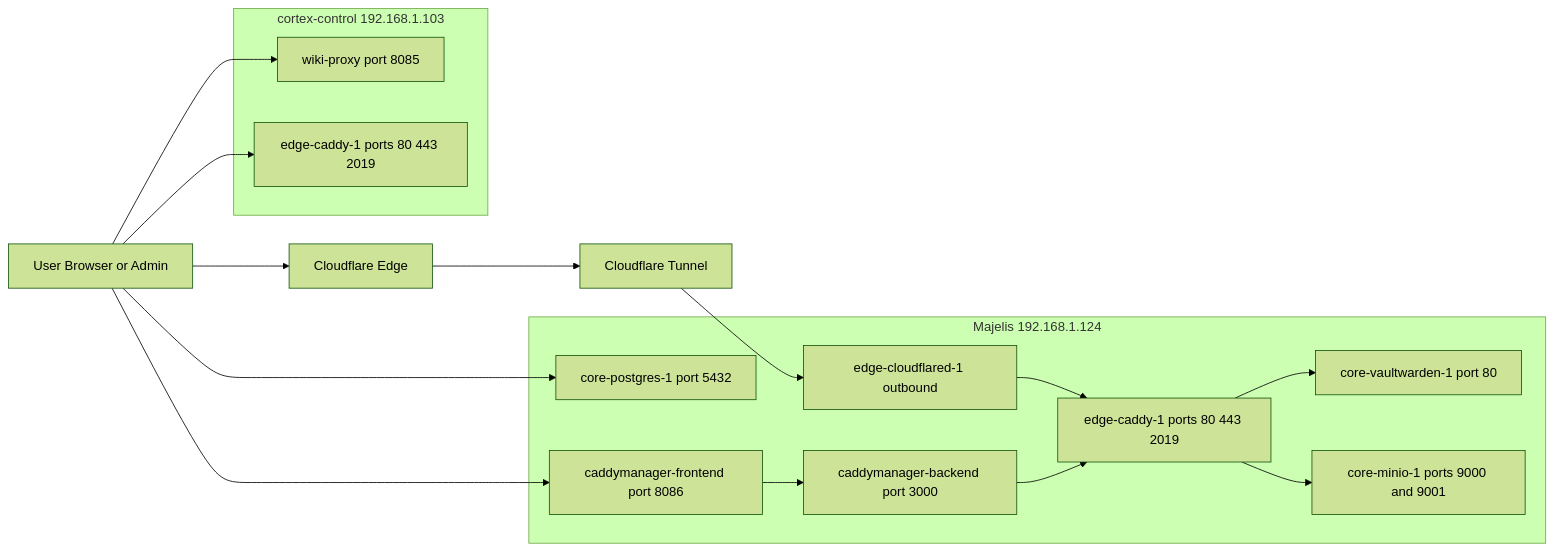
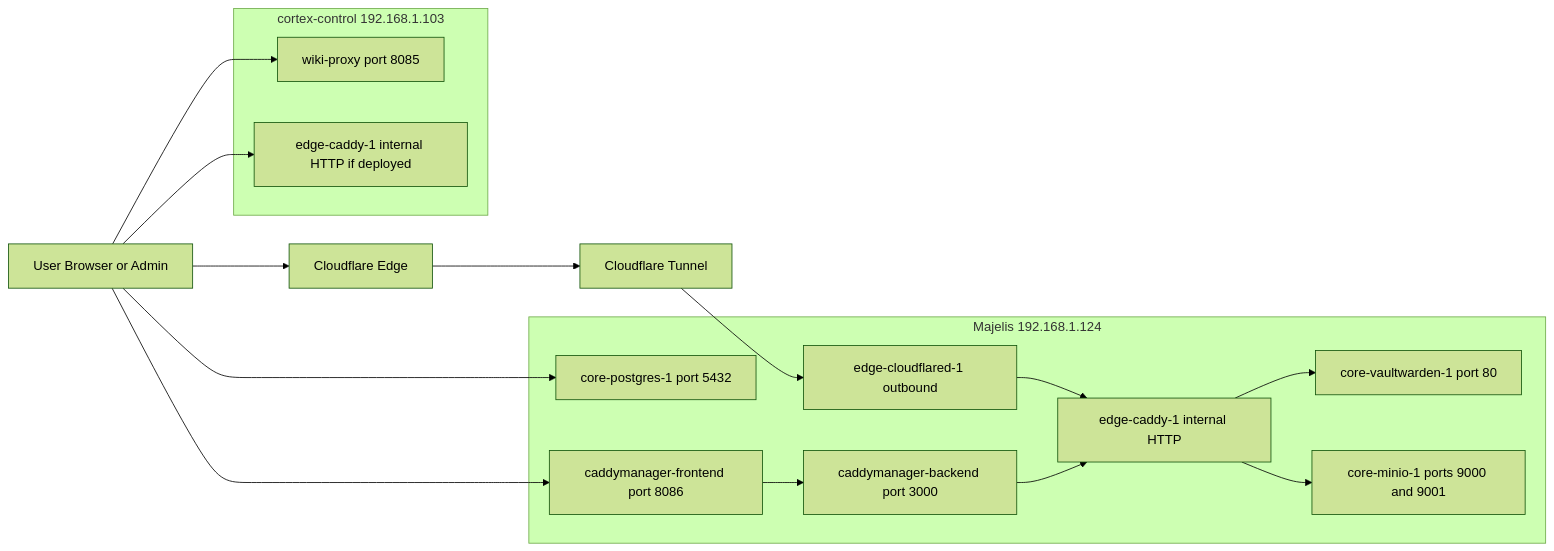
The first of 2 diagrams in docs/architecture-diagrams.md (msm028/Cortex), drawn with Mermaid (forest theme) before and after one commit. The commit also changed other lines of this file and 3 other files, not shown here.

````diff
--- a/docs/architecture-diagrams.md
+++ b/docs/architecture-diagrams.md
@@ -5,35 +5,35 @@
 ```mermaid
 flowchart LR
   user["User Browser or Admin"]
   cfedge["Cloudflare Edge"]
   cftun["Cloudflare Tunnel"]
 
   subgraph majelis["Majelis 192.168.1.124"]
-    caddy["edge-caddy-1 ports 80 443 2019"]
+    caddy["edge-caddy-1 internal HTTP"]
     cfagent["edge-cloudflared-1 outbound"]
     vw["core-vaultwarden-1 port 80"]
     minio["core-minio-1 ports 9000 and 9001"]
     pg["core-postgres-1 port 5432"]
     cmf["caddymanager-frontend port 8086"]
     cmb["caddymanager-backend port 3000"]
   end
 
   subgraph control["cortex-control 192.168.1.103"]
     wiki["wiki-proxy port 8085"]
-    caddy2["edge-caddy-1 ports 80 443 2019"]
+    caddy2["edge-caddy-1 internal HTTP if deployed"]
   end
 
   user --> cfedge
   cfedge --> cftun
   cftun --> cfagent
   cfagent --> caddy
   caddy --> vw
   caddy --> minio
 
   user --> wiki
   user --> cmf
   cmf --> cmb
   cmb --> caddy
   user --> pg
   user --> caddy2
 ```
````
